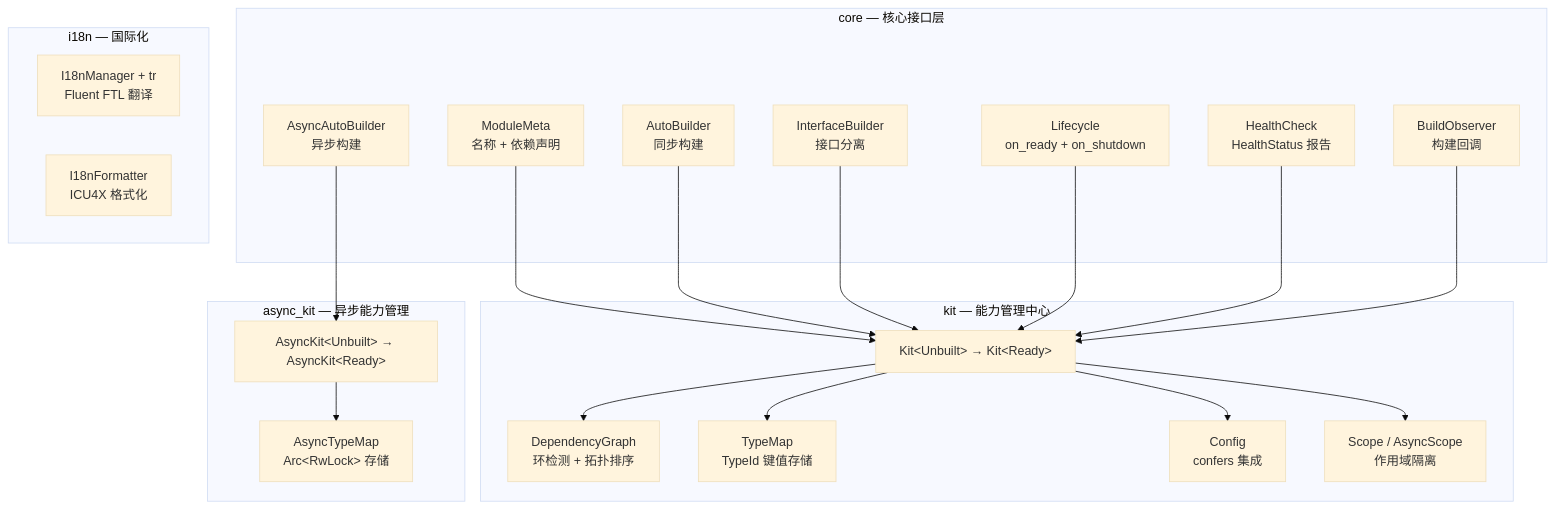
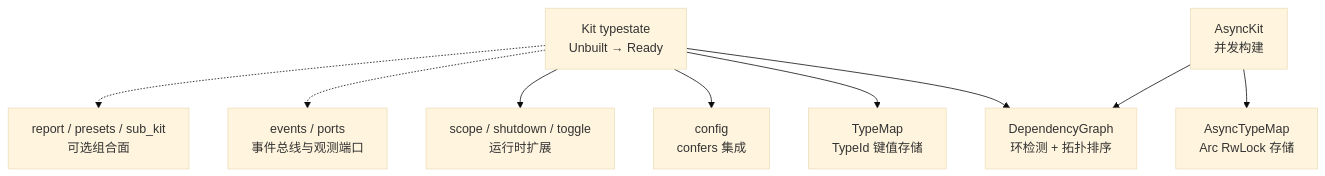
Before and after one commit to Kirky-X/trait-kit: the second of 6 diagrams in docs/ARCHITECTURE.md, drawn with Mermaid (base theme). The commit also changed other lines of this file and 7 other files, not shown here.

Commit message:
docs(trait-kit): docs 文档套件统一优化 — emoji 化 h2 与折叠目录、文档间交叉链接网络、架构/数据流 mermaid 图、结构化内容表格化、清除内部任务追踪引用；失真内容对照 src/ 源码修正，基准数字与安全承诺口径原样保留

````diff
--- a/docs/ARCHITECTURE.md
+++ b/docs/ARCHITECTURE.md
@@ -24,43 +52,21 @@
 ```mermaid
-graph TB
-    subgraph core["core — 核心接口层"]
-        MM[ModuleMeta<br/>名称 + 依赖声明]
-        AB[AutoBuilder<br/>同步构建]
-        AAB[AsyncAutoBuilder<br/>异步构建]
-        IB[InterfaceBuilder<br/>接口分离]
-        LC[Lifecycle<br/>on_ready + on_shutdown]
-        HC[HealthCheck<br/>HealthStatus 报告]
-        OBS[BuildObserver<br/>构建回调]
-    end
+flowchart TD
+    K["Kit typestate<br/>Unbuilt → Ready"]
+    DG["DependencyGraph<br/>环检测 + 拓扑排序"]
+    TM["TypeMap<br/>TypeId 键值存储"]
+    CFG["config<br/>confers 集成"]
+    SC["scope / shutdown / toggle<br/>运行时扩展"]
+    AK["AsyncKit<br/>并发构建"]
+    ATM["AsyncTypeMap<br/>Arc RwLock 存储"]
+    EV["events / ports<br/>事件总线与观测端口"]
+    RP["report / presets / sub_kit<br/>可选组合面"]
 
-    subgraph kit["kit — 能力管理中心"]
-        K[Kit&lt;Unbuilt&gt; → Kit&lt;Ready&gt;]
-        DG[DependencyGraph<br/>环检测 + 拓扑排序]
-        TM[TypeMap<br/>TypeId 键值存储]
-        CFG[Config<br/>confers 集成]
-        SC[Scope / AsyncScope<br/>作用域隔离]
-    end
-
-    subgraph async_kit["async_kit — 异步能力管理"]
-        AK[AsyncKit&lt;Unbuilt&gt; → AsyncKit&lt;Ready&gt;]
-        ATM[AsyncTypeMap<br/>Arc&lt;RwLock&gt; 存储]
-    end
-
-    subgraph i18n_mod["i18n — 国际化"]
-        I18N[I18nManager + tr<br/>Fluent FTL 翻译]
-        FMT[I18nFormatter<br/>ICU4X 格式化]
-    end
-
-    MM --> K
-    AB --> K
-    AAB --> AK
-    IB --> K
-    LC --> K
-    HC --> K
-    OBS --> K
     K --> DG
     K --> TM
     K --> CFG
     K --> SC
     AK --> ATM
+    AK --> DG
+    K -.-> EV
+    K -.-> RP
 ```
````
